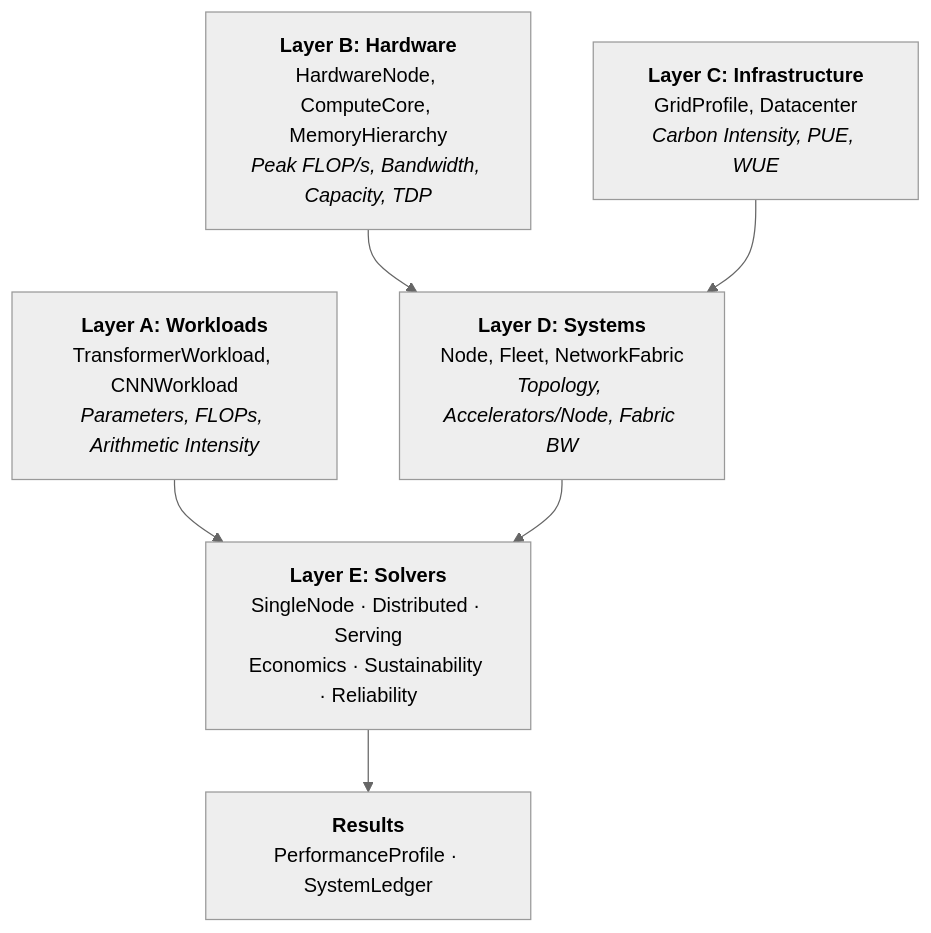
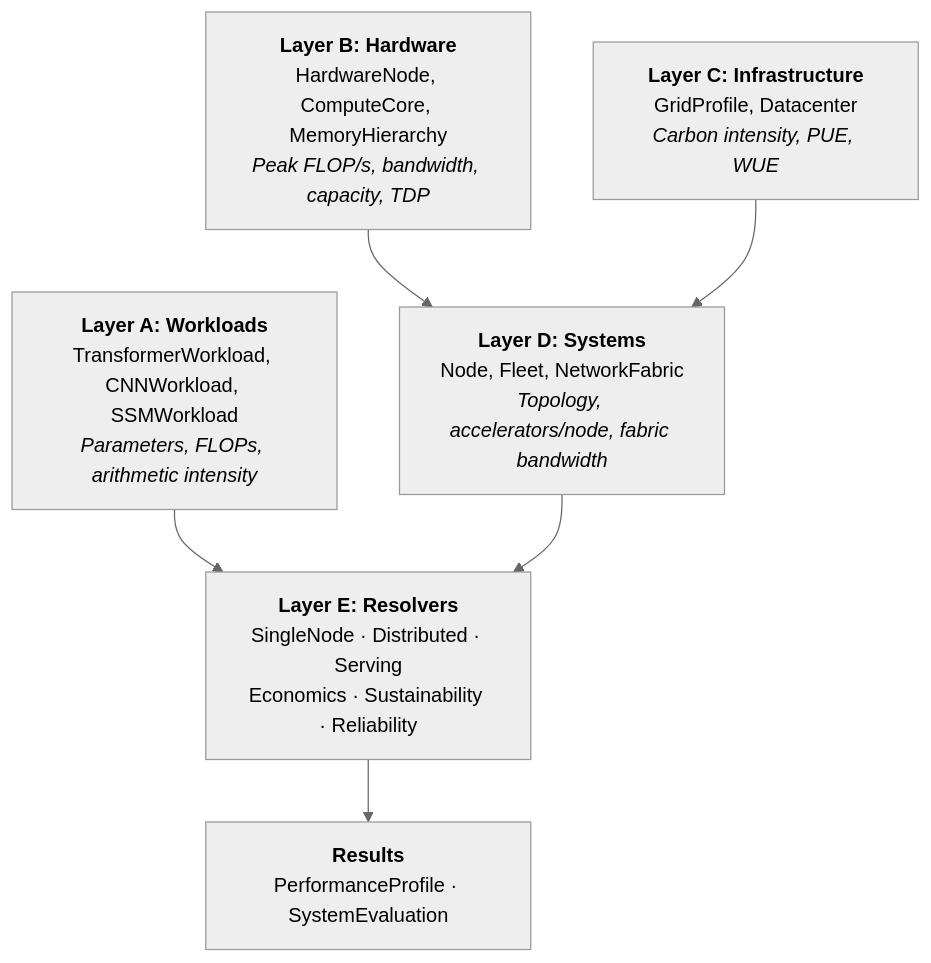
Before and after one commit to harvard-edge/cs249r_book: the diagram in mlsysim/docs/whitepaper.qmd, drawn with Mermaid. The commit also changed other lines of this file and 117 other files, not shown here.

````diff
--- a/mlsysim/docs/whitepaper.qmd
+++ b/mlsysim/docs/whitepaper.qmd
@@ -65,18 +7,17 @@
 ```{mermaid}
 %%{init: {'theme': 'neutral'}}%%
-%%| fig-cap: "The MLSYSIM 5-Layer Stack. Workloads (demand) are lowered onto Hardware (supply) through Infrastructure and Systems layers. Solvers bridge demand and supply to produce analytical profiles."
-%%| fig-width: 100%
+%%| fig-cap: "The MLSys·im 5-layer stack. Workloads, hardware, infrastructure, and systems provide typed inputs; resolvers produce performance, cost, carbon, and reliability outputs."
 flowchart TB
-    A["<b>Layer A: Workloads</b><br/>TransformerWorkload, CNNWorkload<br/><i>Parameters, FLOPs, Arithmetic Intensity</i>"]
-    B["<b>Layer B: Hardware</b><br/>HardwareNode, ComputeCore, MemoryHierarchy<br/><i>Peak FLOP/s, Bandwidth, Capacity, TDP</i>"]
-    C["<b>Layer C: Infrastructure</b><br/>GridProfile, Datacenter<br/><i>Carbon Intensity, PUE, WUE</i>"]
-    D["<b>Layer D: Systems</b><br/>Node, Fleet, NetworkFabric<br/><i>Topology, Accelerators/Node, Fabric BW</i>"]
-    E["<b>Layer E: Solvers</b><br/>SingleNode · Distributed · Serving<br/>Economics · Sustainability · Reliability"]
-    F["<b>Results</b><br/>PerformanceProfile · SystemLedger"]
+    A["<b>Layer A: Workloads</b><br/>TransformerWorkload, CNNWorkload, SSMWorkload<br/><i>Parameters, FLOPs, arithmetic intensity</i>"]
+    B["<b>Layer B: Hardware</b><br/>HardwareNode, ComputeCore, MemoryHierarchy<br/><i>Peak FLOP/s, bandwidth, capacity, TDP</i>"]
+    C["<b>Layer C: Infrastructure</b><br/>GridProfile, Datacenter<br/><i>Carbon intensity, PUE, WUE</i>"]
+    D["<b>Layer D: Systems</b><br/>Node, Fleet, NetworkFabric<br/><i>Topology, accelerators/node, fabric bandwidth</i>"]
+    E["<b>Layer E: Resolvers</b><br/>SingleNode · Distributed · Serving<br/>Economics · Sustainability · Reliability"]
+    F["<b>Results</b><br/>PerformanceProfile · SystemEvaluation"]
 
     A --> E
     B --> D
     C --> D
     D --> E
     E --> F
 ```
````
